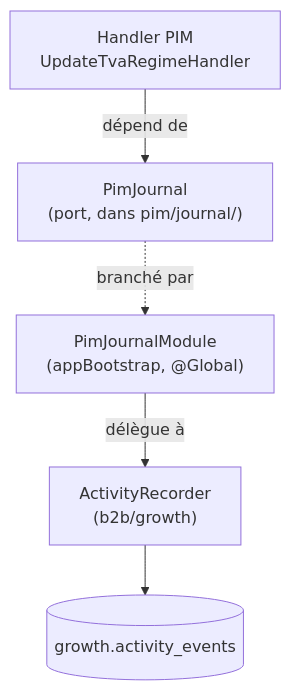
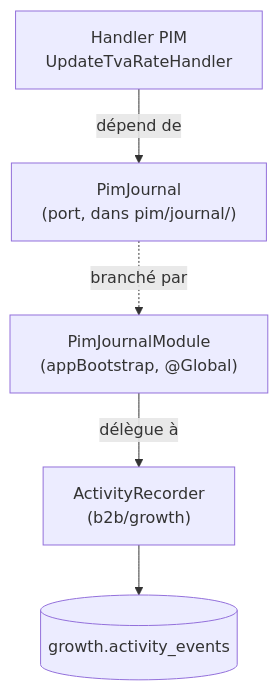
One commit to hugoheynard/lfd changed the second of 3 diagrams in documentation/b2b/architecture-journal-activite.md. Above: the diagram before and after it, drawn with Mermaid. The commit also changed other lines of this file and 101 other files, not shown here.

````diff
--- a/documentation/b2b/architecture-journal-activite.md
+++ b/documentation/b2b/architecture-journal-activite.md
@@ -62,7 +62,7 @@
 ```mermaid
 flowchart TD
-  H["Handler PIM<br/>UpdateTvaRegimeHandler"] -->|dépend de| PJ["PimJournal<br/>(port, dans pim/journal/)"]
+  H["Handler PIM<br/>UpdateTvaRateHandler"] -->|dépend de| PJ["PimJournal<br/>(port, dans pim/journal/)"]
   PJ -.->|branché par| RM["PimJournalModule<br/>(appBootstrap, @Global)"]
   RM -->|délègue à| AR["ActivityRecorder<br/>(b2b/growth)"]
   AR --> DB[("growth.activity_events")]
 ```
````
